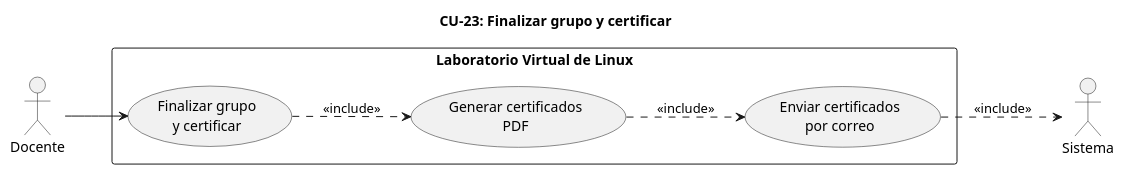
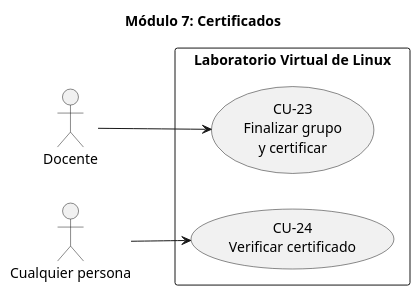
One commit to LinuxLab-UFPS/LinuxLab changed diagram 29 of 35 in docs/annexes/cu-especificacion.md. Above: the diagram before and after it, drawn with PlantUML. The commit also changed other lines of this file and 1 other file, not shown here.

Commit message:
feat: add detailed use case specifications and diagrams for modules 1 to 8

````diff
--- a/docs/annexes/cu-especificacion.md
+++ b/docs/annexes/cu-especificacion.md
@@ -2015,22 +1734,19 @@
 ```plantuml
 @startuml
 left to right direction
 
-title CU-23: Finalizar grupo y certificar
+title Módulo 7: Certificados
 
 rectangle "Laboratorio Virtual de Linux" {
-  usecase "Finalizar grupo\ny certificar" as UC23
-  usecase "Generar certificados\nPDF" as UC23a
-  usecase "Enviar certificados\npor correo" as UC23b
+  usecase "CU-23\nFinalizar grupo\ny certificar" as M7UC23
+  usecase "CU-24\nVerificar certificado" as M7UC24
 }
 
 actor "Docente" as Doc
-actor "Sistema" as Sys
+actor "Cualquier persona" as Pub
 
-Doc --> UC23
-UC23 ..> UC23a : <<include>>
-UC23a ..> UC23b : <<include>>
-UC23b ..> Sys : <<include>>
+Doc --> M7UC23
+Pub --> M7UC24
 
 @enduml
 ```
````
